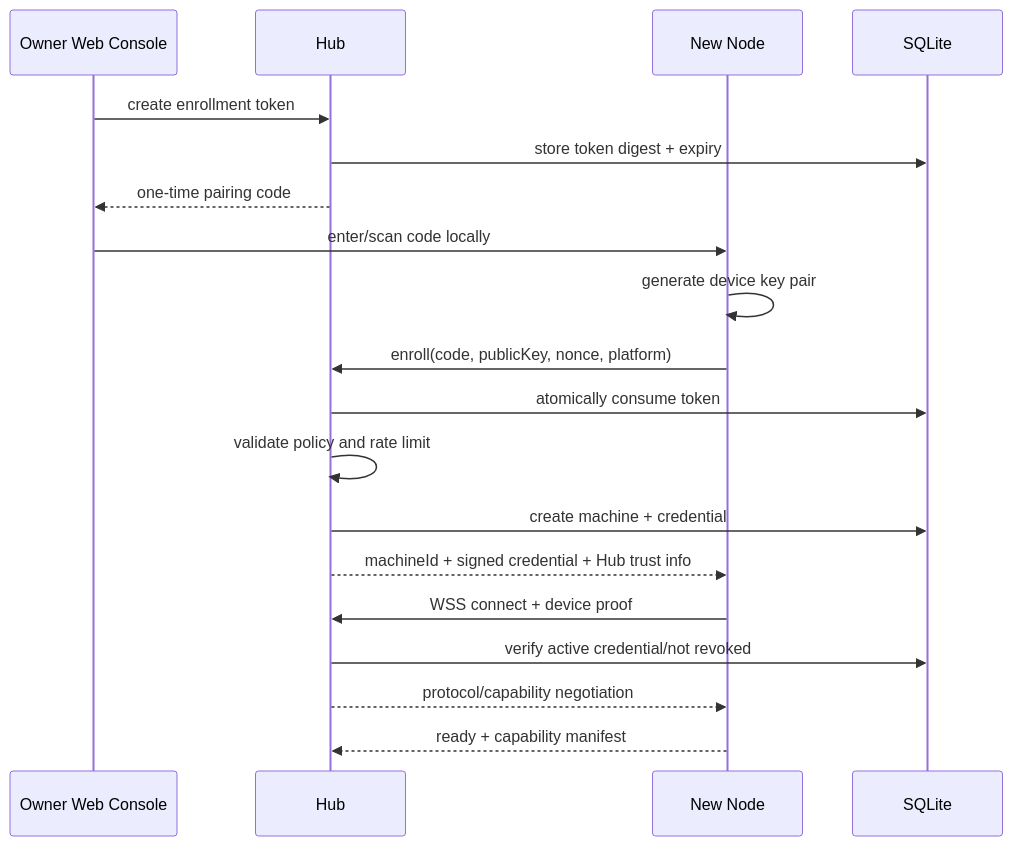
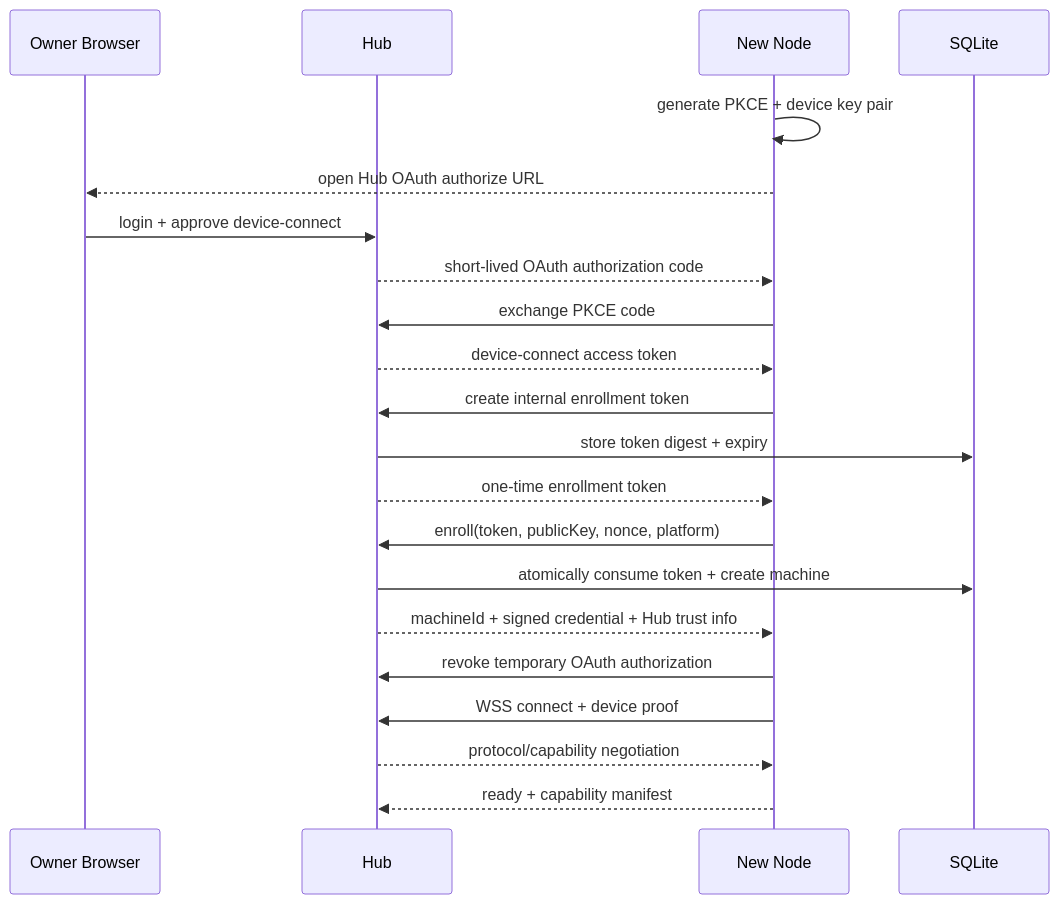
One commit to isguang2024/fast-spider changed the diagram in docs/03-hub-design.md. Above: the diagram before and after it, drawn with Mermaid. The commit also changed other lines of this file and 36 other files, not shown here.

Commit message:
feat: add web login and device authorization

````diff
--- a/docs/03-hub-design.md
+++ b/docs/03-hub-design.md
@@ -61,22 +62,24 @@
 ```mermaid
 sequenceDiagram
-    participant O as Owner Web Console
+    participant U as Owner Browser
     participant H as Hub
     participant N as New Node
     participant DB as SQLite
 
-    O->>H: create enrollment token
+    N->>N: generate PKCE + device key pair
+    N-->>U: open Hub OAuth authorize URL
+    U->>H: login + approve device-connect
+    H-->>N: short-lived OAuth authorization code
+    N->>H: exchange PKCE code
+    H-->>N: device-connect access token
+    N->>H: create internal enrollment token
     H->>DB: store token digest + expiry
-    H-->>O: one-time pairing code
-    O->>N: enter/scan code locally
-    N->>N: generate device key pair
-    N->>H: enroll(code, publicKey, nonce, platform)
-    H->>DB: atomically consume token
-    H->>H: validate policy and rate limit
-    H->>DB: create machine + credential
+    H-->>N: one-time enrollment token
+    N->>H: enroll(token, publicKey, nonce, platform)
+    H->>DB: atomically consume token + create machine
     H-->>N: machineId + signed credential + Hub trust info
+    N->>H: revoke temporary OAuth authorization
     N->>H: WSS connect + device proof
-    H->>DB: verify active credential/not revoked
     H-->>N: protocol/capability negotiation
     N-->>H: ready + capability manifest
 ```
````
